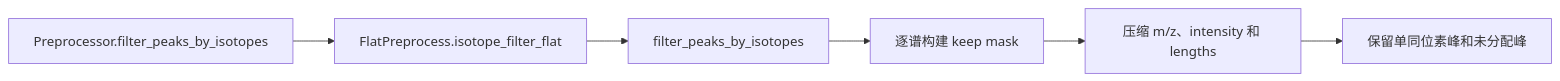
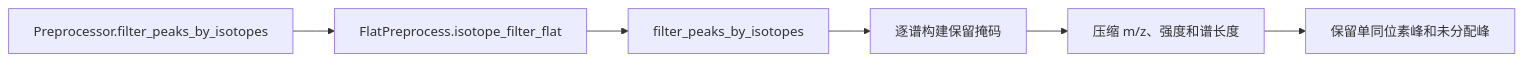
The diagram in docs/zh/isotope_filter.md (NeoNexusX/MassFlow), drawn with Mermaid before and after one commit. The commit also changed other lines of this file and 5 other files, not shown here.

````diff
--- a/docs/zh/isotope_filter.md
+++ b/docs/zh/isotope_filter.md
@@ -20,8 +20,8 @@
 ```mermaid
 graph LR
   A["Preprocessor.filter_peaks_by_isotopes"] --> B["FlatPreprocess.isotope_filter_flat"]
   B --> C["filter_peaks_by_isotopes"]
-  C --> D["逐谱构建 keep mask"]
-  D --> E["压缩 m/z、intensity 和 lengths"]
+  C --> D["逐谱构建保留掩码"]
+  D --> E["压缩 m/z、强度和谱长度"]
   E --> F["保留单同位素峰和未分配峰"]
 ```
````
